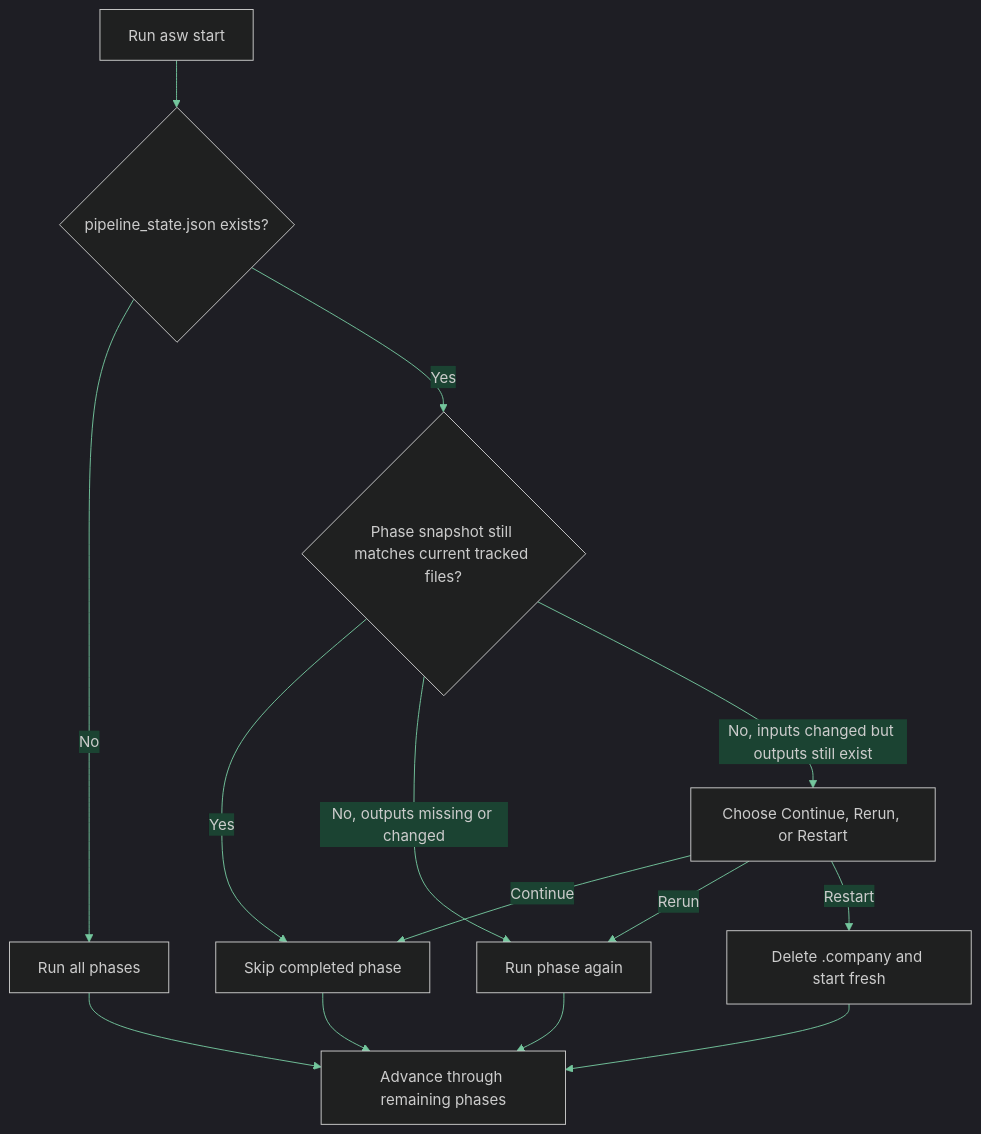
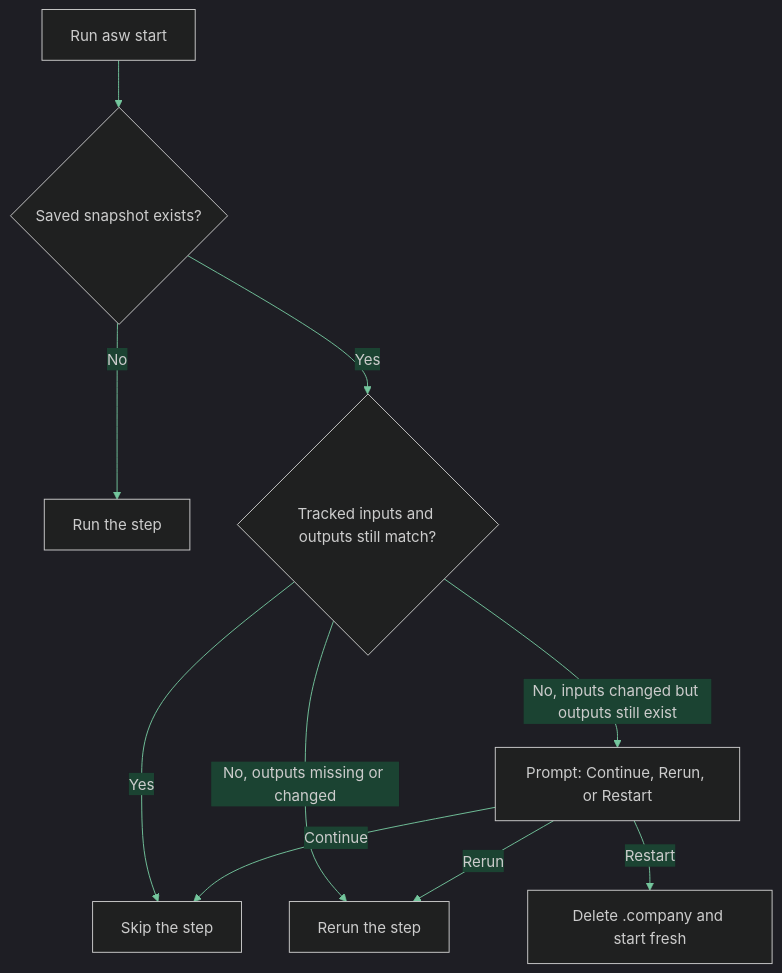
Before and after one commit to Shapedsundew9/asw: the diagram in docs/user/reference/runs-and-state.md, drawn with Mermaid. The commit also changed other lines of this file and 9 other files, not shown here.

````diff
--- a/docs/user/reference/runs-and-state.md
+++ b/docs/user/reference/runs-and-state.md
@@ -27,17 +46,13 @@
 ```mermaid
 %%{init: {'theme': 'dark', 'themeVariables': {'primaryColor': '#2d6a4f', 'primaryTextColor': '#d8f3dc', 'primaryBorderColor': '#52b788', 'lineColor': '#74c69d', 'secondaryColor': '#1b4332', 'tertiaryColor': '#40916c', 'edgeLabelBackground': '#1b4332'}}}%%
 flowchart TD
-    A[Run asw start] --> B{pipeline_state.json exists?}
-    B -- No --> C[Run all phases]
-  B -- Yes --> D{Phase snapshot still matches current tracked files?}
-  D -- Yes --> E[Skip completed phase]
-  D -- No, outputs missing or changed --> F[Run phase again]
-  D -- No, inputs changed but outputs still exist --> G[Choose Continue, Rerun, or Restart]
-  G -- Continue --> E
-  G -- Rerun --> F
-  G -- Restart --> H[Delete .company and start fresh]
-    C --> J[Advance through remaining phases]
-  H --> J
-  E --> J
-  F --> J
+    A[Run asw start] --> B{Saved snapshot exists?}
+    B -- No --> C[Run the step]
+    B -- Yes --> D{Tracked inputs and outputs still match?}
+    D -- Yes --> E[Skip the step]
+    D -- No, outputs missing or changed --> F[Rerun the step]
+    D -- No, inputs changed but outputs still exist --> G[Prompt: Continue, Rerun, or Restart]
+    G -- Continue --> E
+    G -- Rerun --> F
+    G -- Restart --> H[Delete .company and start fresh]
 ```
````
